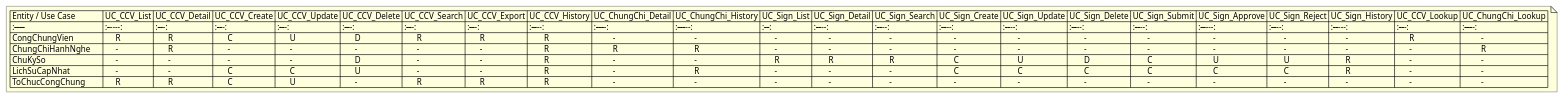
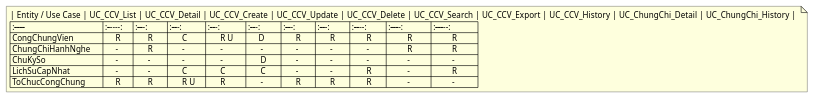
The diagram in ba/[NDS-E-00046] Quản lý thông tin công chứng viên/5.crud-matrix.puml (phuongpm23/nds-docs-test), drawn with PlantUML before and after one commit. The commit also changed 14 other files, not shown here.

First line of the commit message:
Refactor use case documents and update entity references for CCV management

```diff
--- a/ba/[NDS-E-00046] Quản lý thông tin công chứng viên/5.crud-matrix.puml
+++ b/ba/[NDS-E-00046] Quản lý thông tin công chứng viên/5.crud-matrix.puml
@@ -1,11 +1,11 @@
 @startuml CRUD_Matrix
 note as CRUD_Matrix
-| Entity / Use Case     | UC_CCV_List | UC_CCV_Detail | UC_CCV_Create | UC_CCV_Update | UC_CCV_Delete | UC_CCV_Search | UC_CCV_Export | UC_CCV_History | UC_ChungChi_Detail | UC_ChungChi_History | UC_Sign_List | UC_Sign_Detail | UC_Sign_Search | UC_Sign_Create | UC_Sign_Update | UC_Sign_Delete | UC_Sign_Submit | UC_Sign_Approve | UC_Sign_Reject | UC_Sign_History | UC_CCV_Lookup | UC_ChungChi_Lookup |
-| :-------------------- | :---------: | :-----------: | :-----------: | :-----------: | :-----------: | :-----------: | :-----------: | :------------: | :----------------: | :-----------------: | :----------: | :------------: | :------------: | :------------: | :------------: | :------------: | :------------: | :-------------: | :------------: | :-------------: | :-----------: | :----------------: |
-| CongChungVien         |      R      |       R       |       C       |       U       |       D       |       R       |       R       |        R       |          -         |          -          |       -      |        -       |        -       |        -       |        -       |        -       |        -       |        -        |        -       |        -        |       R       |          -         |
-| ChungChiHanhNghe      |      -      |       R       |       -       |       -       |       -       |       -       |       -       |        R       |          R         |          R          |       -      |        -       |        -       |        -       |        -       |        -       |        -       |        -        |        -       |        -        |       -       |          R         |
-| ChuKySo               |      -      |       -       |       -       |       -       |       D       |       -       |       -       |        R       |          -         |          -          |       R      |        R       |        R       |        C       |        U       |        D       |        C       |        U        |        U       |        R        |       -       |          -         |
-| LichSuCapNhat         |      -      |       -       |       C       |       C       |       U       |       -       |       -       |        R       |          -         |          R          |       -      |        -       |        -       |        C       |        C       |        C       |        C       |        C        |        C       |        R        |       -       |          -         |
-| ToChucCongChung       |      R      |       R       |       C       |       U       |       -       |       R       |       R       |        R       |          -         |          -          |       -      |        -       |        -       |        -       |        -       |        -       |        -       |        -        |        -       |        -        |       -       |          -         |
+| Entity / Use Case     | UC_CCV_List | UC_CCV_Detail | UC_CCV_Create | UC_CCV_Update | UC_CCV_Delete | UC_CCV_Search | UC_CCV_Export | UC_CCV_History | UC_ChungChi_Detail | UC_ChungChi_History | 
+| :-------------------- | :---------: | :-----------: | :-----------: | :-----------: | :-----------: | :-----------: | :-----------: | :------------: | :----------------: | :-----------------: |
+| CongChungVien         |      R      |       R       |       C       |       R U      |      D       |       R       |       R       |        R       |          R         |          R          |
+| ChungChiHanhNghe      |      -      |       R       |       -       |       -       |       -       |       -       |       -       |        -       |          R         |          R          |
+| ChuKySo               |      -      |       -       |       -       |       -       |       D       |       -       |       -       |        -       |          -         |          -          |
+| LichSuCapNhat         |      -      |       -       |       C       |       C       |       C       |       -       |       -       |        R       |          -         |          R          |
+| ToChucCongChung       |      R      |       R       |       R U     |       R       |       -       |       R       |       R       |        R       |          -         |          -          |
 end note
 @enduml
```
